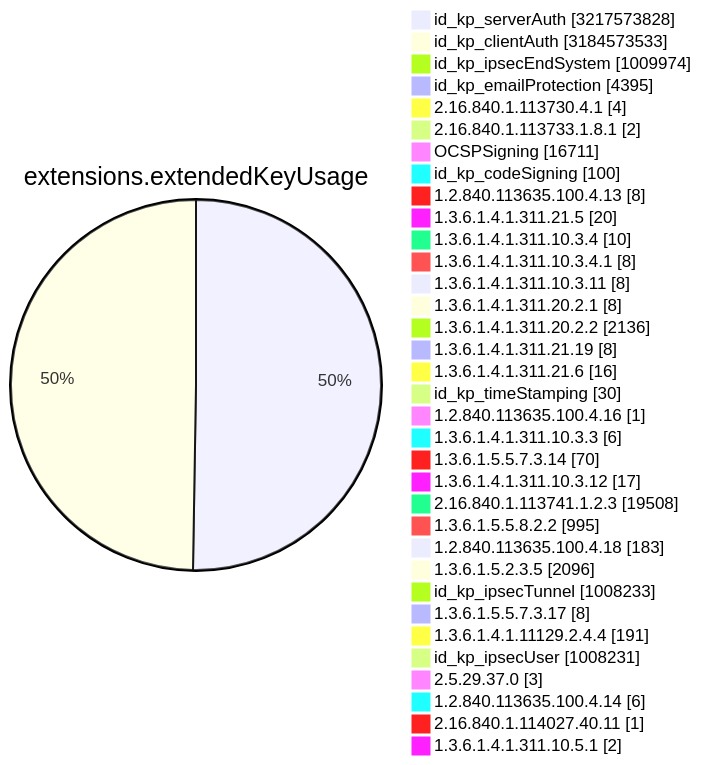
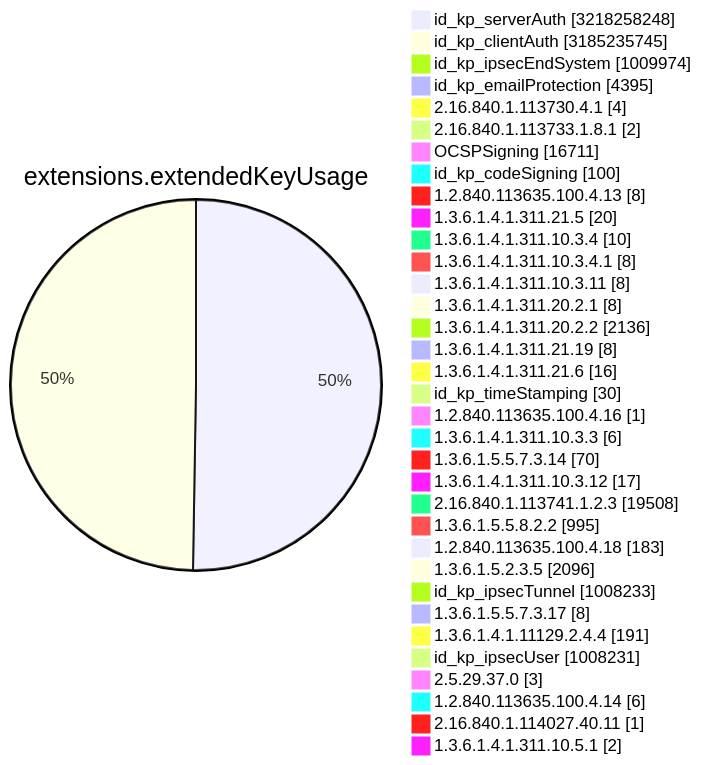
Before and after one commit to christiankrug/ctmonitor_visualization: diagram 11 of 15 in TOTAL/README.md, drawn with Mermaid. The commit also changed other lines of this file, not shown here.

````diff
--- a/TOTAL/README.md
+++ b/TOTAL/README.md
@@ -4119,38 +4119,38 @@
 ```mermaid
 pie showData
 title extensions.extendedKeyUsage
-"id_kp_serverAuth" :3217573828
-"id_kp_clientAuth" :3184573533
+"id_kp_serverAuth" :3218258248
+"id_kp_clientAuth" :3185235745
 "id_kp_ipsecEndSystem" :1009974
 "id_kp_emailProtection" :4395
 "2.16.840.1.113730.4.1" :4
 "2.16.840.1.113733.1.8.1" :2
 "OCSPSigning" :16711
 "id_kp_codeSigning" :100
 "1.2.840.113635.100.4.13" :8
 "1.3.6.1.4.1.311.21.5" :20
 "1.3.6.1.4.1.311.10.3.4" :10
 "1.3.6.1.4.1.311.10.3.4.1" :8
 "1.3.6.1.4.1.311.10.3.11" :8
 "1.3.6.1.4.1.311.20.2.1" :8
 "1.3.6.1.4.1.311.20.2.2" :2136
 "1.3.6.1.4.1.311.21.19" :8
 "1.3.6.1.4.1.311.21.6" :16
 "id_kp_timeStamping" :30
 "1.2.840.113635.100.4.16" :1
 "1.3.6.1.4.1.311.10.3.3" :6
 "1.3.6.1.5.5.7.3.14" :70
 "1.3.6.1.4.1.311.10.3.12" :17
 "2.16.840.1.113741.1.2.3" :19508
 "1.3.6.1.5.5.8.2.2" :995
 "1.2.840.113635.100.4.18" :183
 "1.3.6.1.5.2.3.5" :2096
 "id_kp_ipsecTunnel" :1008233
 "1.3.6.1.5.5.7.3.17" :8
 "1.3.6.1.4.1.11129.2.4.4" :191
 "id_kp_ipsecUser" :1008231
 "2.5.29.37.0" :3
 "1.2.840.113635.100.4.14" :6
 "2.16.840.1.114027.40.11" :1
 "1.3.6.1.4.1.311.10.5.1" :2
 ```
````
